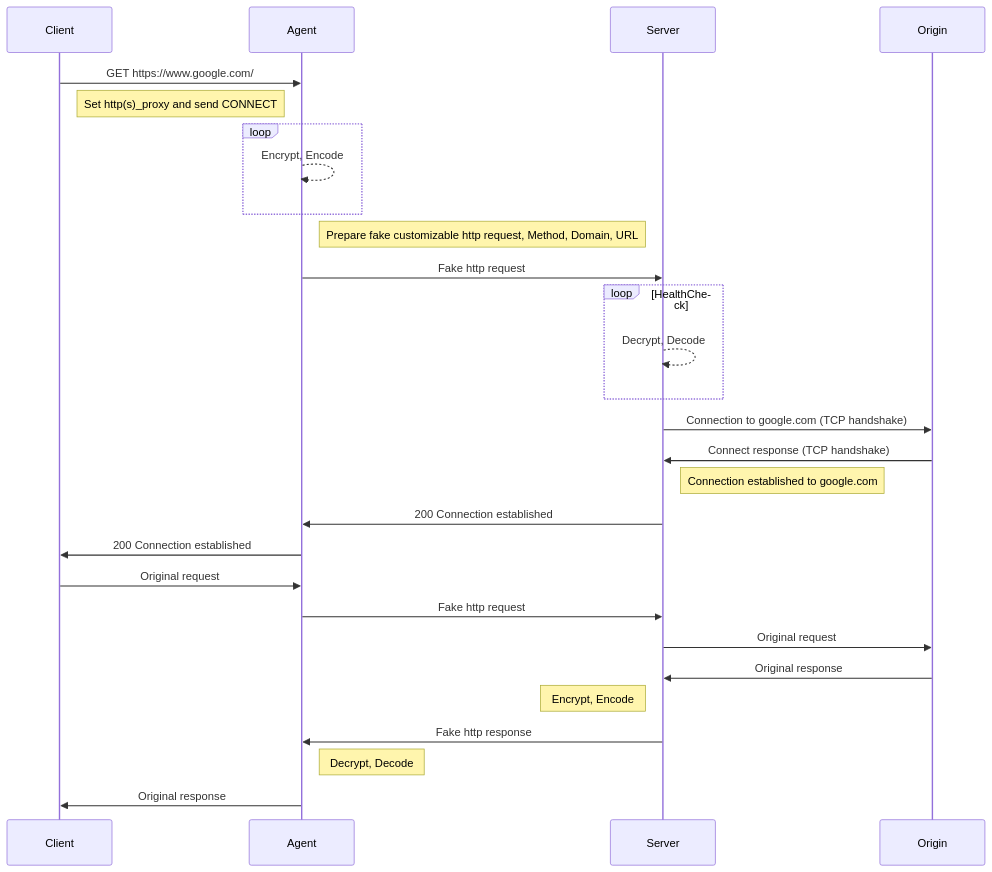
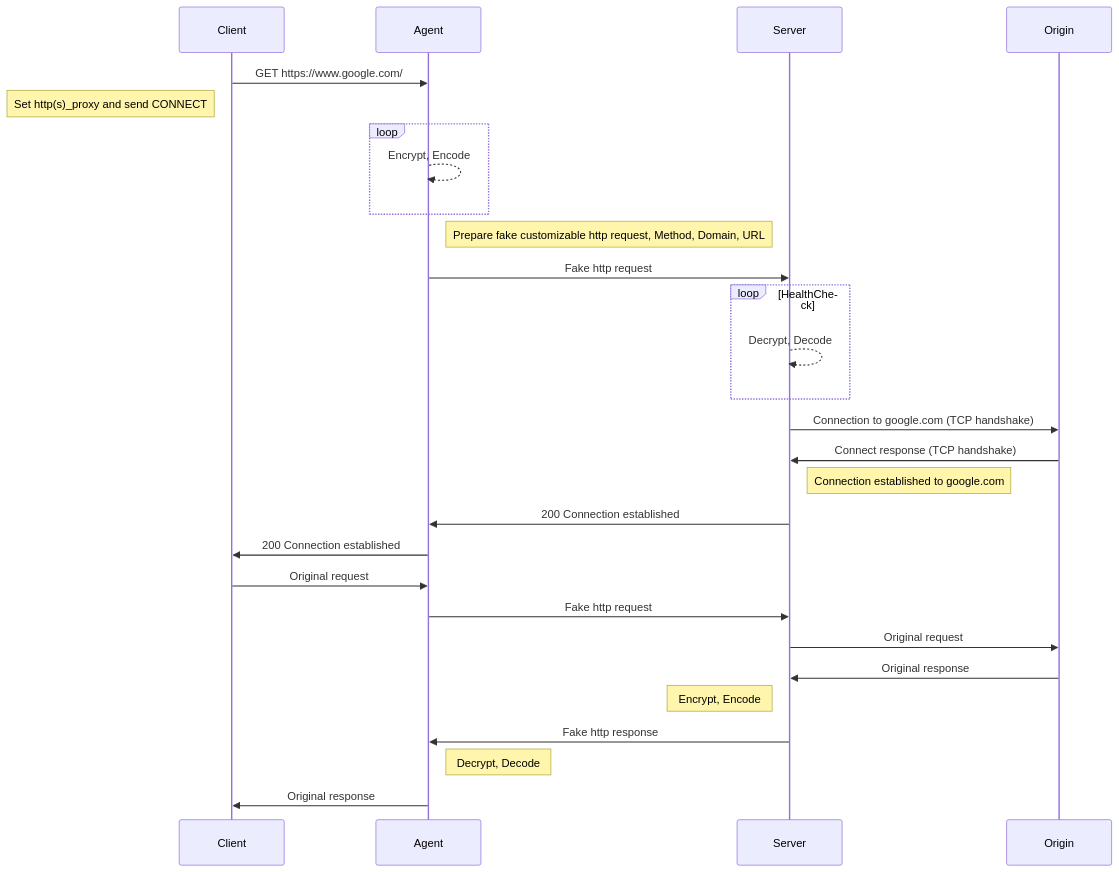
The diagram in README.md (MortezaBashsiz/nipovpn), drawn with Mermaid before and after one commit.

Commit message:
Test Readme

````diff
--- a/README.md
+++ b/README.md
@@ -6,29 +6,29 @@
 ```mermaid
 sequenceDiagram
 Client ->> Agent: GET https://www.google.com/ 
-Note right of Client: Set http(s)_proxy and send CONNECT
+Note left of Client: Set http(s)_proxy and send CONNECT
 loop
     Agent-->>Agent: Encrypt, Encode
 end
 Note right of Agent: Prepare fake customizable http request, Method, Domain, URL
 
 Agent ->> Server: Fake http request
 loop HealthCheck
     Server-->>Server: Decrypt, Decode
 end
 Server ->> Origin: Connection to google.com (TCP handshake)
 Origin ->> Server: Connect response (TCP handshake)
 Note right of Server: Connection established to google.com
 Server ->> Agent: 200 Connection established
 Agent ->> Client: 200 Connection established
 Client ->> Agent: Original request
 Agent ->> Server: Fake http request
 Server ->> Origin: Original request
 Origin ->> Server: Original response
 Note left of Server: Encrypt, Encode
 Server ->> Agent: Fake http response
 Note right of Agent: Decrypt, Decode
 Agent ->> Client: Original response
 
 
 ```
````
